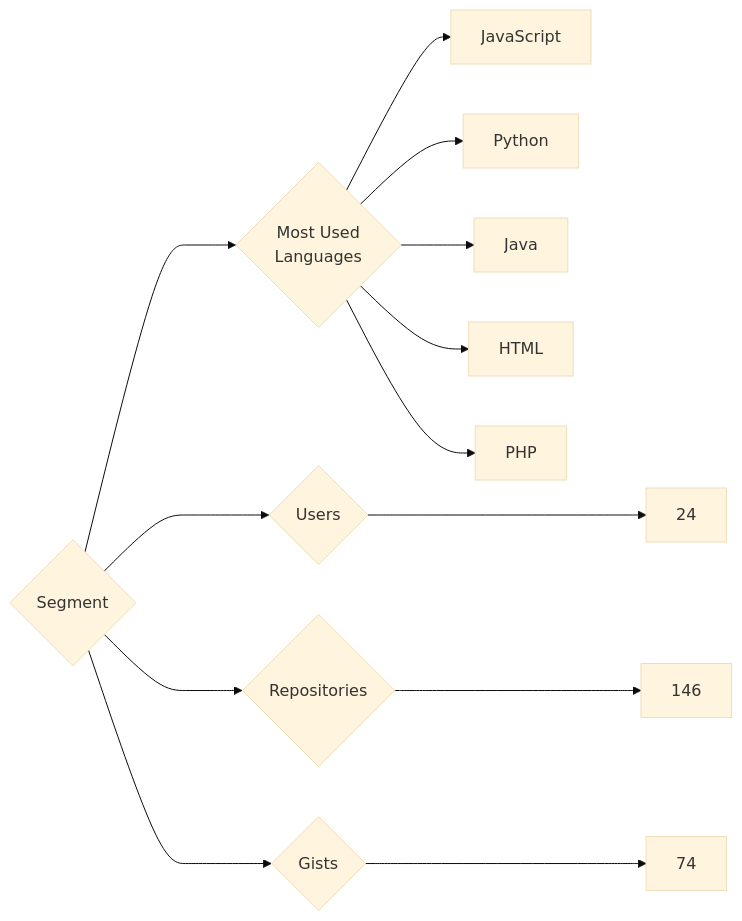
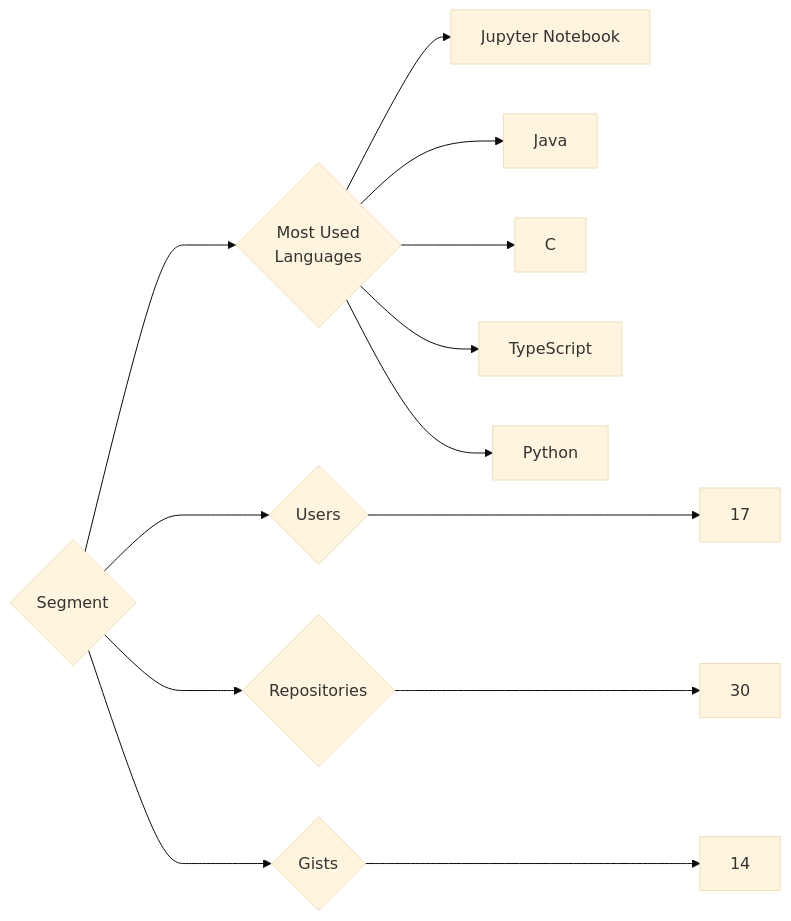
Before and after one commit to trickest/insiders: the diagram in targets/Segment/README.md, drawn with Mermaid (base theme). The commit also changed 912 other files, not shown here.

````diff
--- a/targets/Segment/README.md
+++ b/targets/Segment/README.md
@@ -3,13 +3,13 @@
 ```mermaid
 graph LR
 COMPANY_NAME{Segment}
-COMPANY_NAME ---> U{Users} ---> UN[24]
-COMPANY_NAME ---> R{Repositories} ---> RN[146]
-COMPANY_NAME ---> G{Gists} ---> GN[74]
+COMPANY_NAME ---> U{Users} ---> UN[17]
+COMPANY_NAME ---> R{Repositories} ---> RN[30]
+COMPANY_NAME ---> G{Gists} ---> GN[14]
 COMPANY_NAME ---> ML{Most Used<br>Languages}
-ML --> JavaScript[JavaScript]
+ML --> Jupyter_Notebook[Jupyter Notebook]
+ML --> Java[Java]
+ML --> C[C]
+ML --> TypeScript[TypeScript]
 ML --> Python[Python]
-ML --> Java[Java]
-ML --> HTML[HTML]
-ML --> PHP[PHP]
 ```
````
